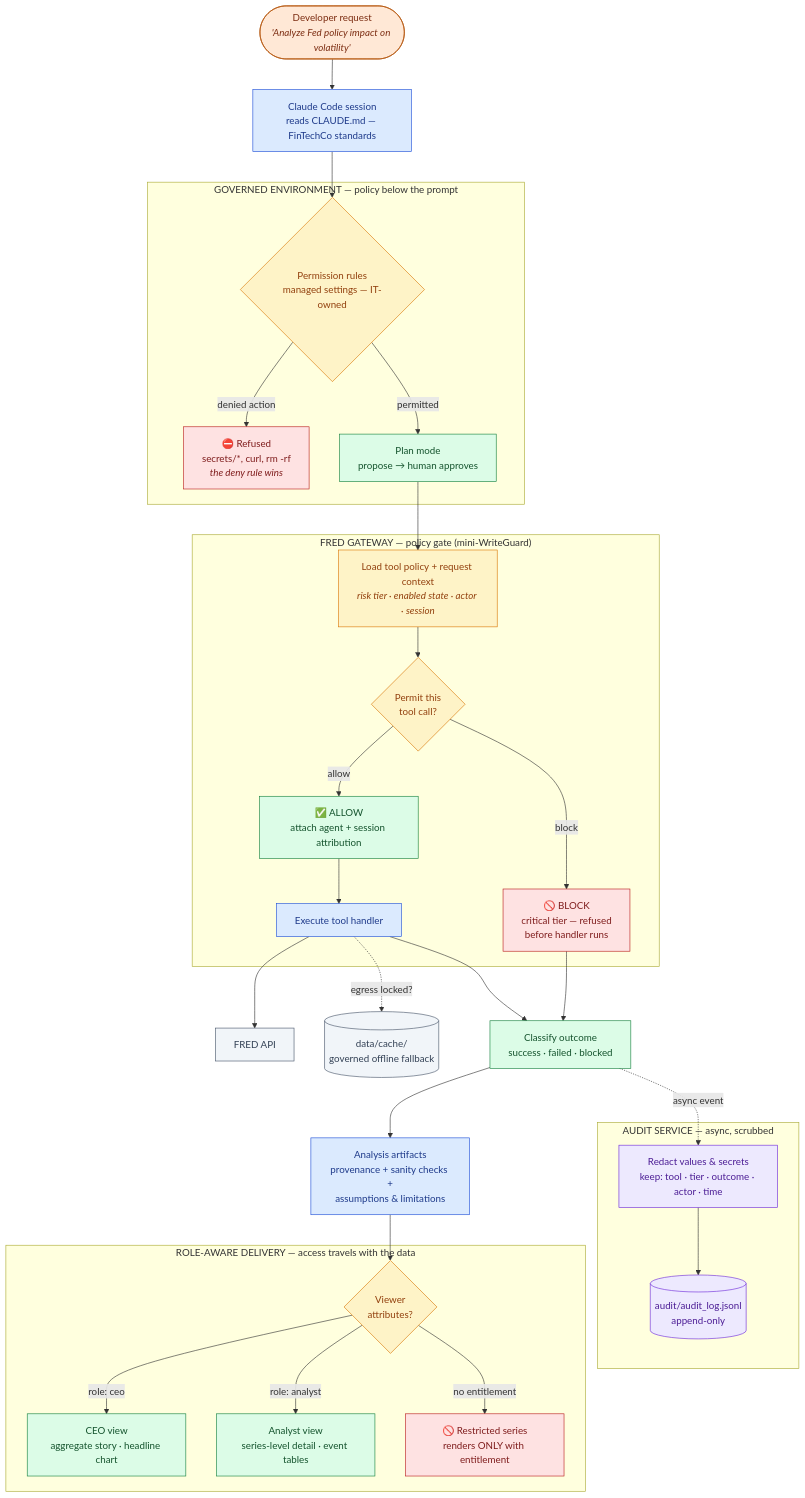
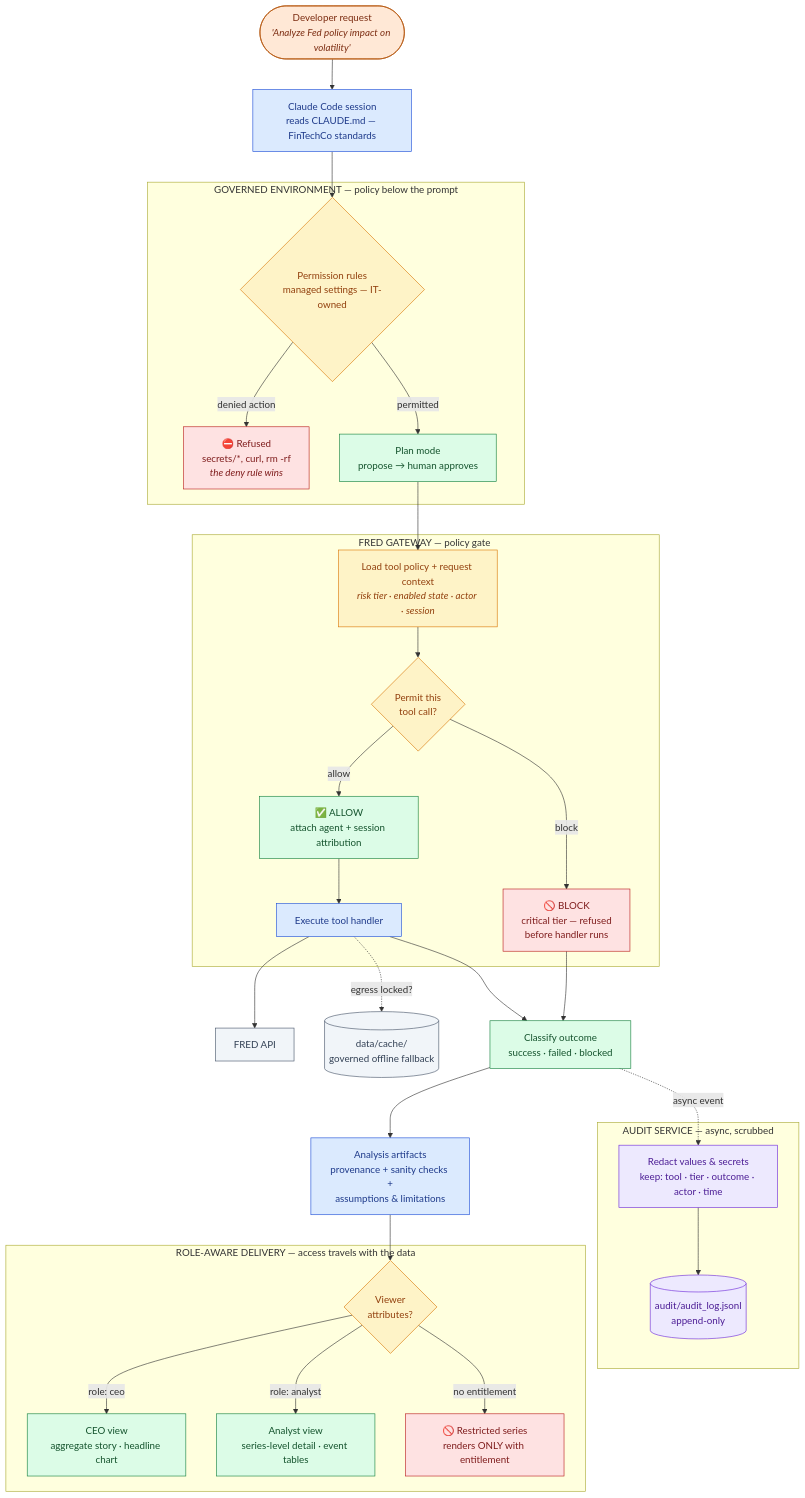
One commit to arupsarkar/fintechco-quant changed the diagram in docs/security-flow.md. Above: the diagram before and after it, drawn with Mermaid.

````diff
--- a/docs/security-flow.md
+++ b/docs/security-flow.md
@@ -7,68 +7,68 @@
 ```mermaid
 flowchart TD
     classDef human fill:#ffe8d6,stroke:#b45309,color:#7c2d12
     classDef agent fill:#dbeafe,stroke:#1d4ed8,color:#1e3a8a
     classDef policy fill:#fef3c7,stroke:#d97706,color:#92400e
     classDef allow fill:#dcfce7,stroke:#15803d,color:#14532d
     classDef block fill:#fee2e2,stroke:#b91c1c,color:#7f1d1d
     classDef data fill:#f1f5f9,stroke:#475569,color:#334155
     classDef audit fill:#ede9fe,stroke:#6d28d9,color:#4c1d95
 
     DEV(["Developer request<br/><i>'Analyze Fed policy impact on volatility'</i>"]):::human
     CC["Claude Code session<br/>reads CLAUDE.md — FinTechCo standards"]:::agent
 
     DEV --> CC
 
     subgraph ENV["&nbsp;GOVERNED ENVIRONMENT — policy below the prompt&nbsp;"]
         PERM{"Permission rules<br/>managed settings — IT-owned"}:::policy
         DENY["⛔ Refused<br/>secrets/*, curl, rm -rf<br/><i>the deny rule wins</i>"]:::block
         PLAN["Plan mode<br/>propose → human approves"]:::allow
     end
 
     CC --> PERM
     PERM -- "denied action" --> DENY
     PERM -- "permitted" --> PLAN
 
-    subgraph GATE["&nbsp;FRED GATEWAY — policy gate (mini-WriteGuard)&nbsp;"]
+    subgraph GATE["&nbsp;FRED GATEWAY — policy gate &nbsp;"]
         LOAD["Load tool policy + request context<br/><i>risk tier · enabled state · actor · session</i>"]:::policy
         TIER{"Permit this<br/>tool call?"}:::policy
         ATTR["✅ ALLOW<br/>attach agent + session attribution"]:::allow
         BLK["🚫 BLOCK<br/>critical tier — refused<br/>before handler runs"]:::block
         EXEC["Execute tool handler"]:::agent
     end
 
     PLAN --> LOAD --> TIER
     TIER -- allow --> ATTR --> EXEC
     TIER -- block --> BLK
 
     FRED["FRED API"]:::data
     CACHE[("data/cache/<br/>governed offline fallback")]:::data
     EXEC --> FRED
     EXEC -. "egress locked?" .-> CACHE
 
     OUT["Classify outcome<br/>success · failed · blocked"]:::allow
     EXEC --> OUT
     BLK --> OUT
 
     subgraph AUD["&nbsp;AUDIT SERVICE — async, scrubbed&nbsp;"]
         SCRUB["Redact values & secrets<br/>keep: tool · tier · outcome · actor · time"]:::audit
         LOG[("audit/audit_log.jsonl<br/>append-only")]:::audit
     end
 
     OUT -. "async event" .-> SCRUB --> LOG
 
     ART["Analysis artifacts<br/>provenance + sanity checks +<br/>assumptions & limitations"]:::agent
     OUT --> ART
 
     subgraph ABAC["&nbsp;ROLE-AWARE DELIVERY — access travels with the data&nbsp;"]
         ROLE{"Viewer<br/>attributes?"}:::policy
         CEO["CEO view<br/>aggregate story · headline chart"]:::allow
         ANA["Analyst view<br/>series-level detail · event tables"]:::allow
         RES["🚫 Restricted series<br/>renders ONLY with entitlement"]:::block
     end
 
     ART --> ROLE
     ROLE -- "role: ceo" --> CEO
     ROLE -- "role: analyst" --> ANA
     ROLE -- "no entitlement" --> RES
 ```
````
